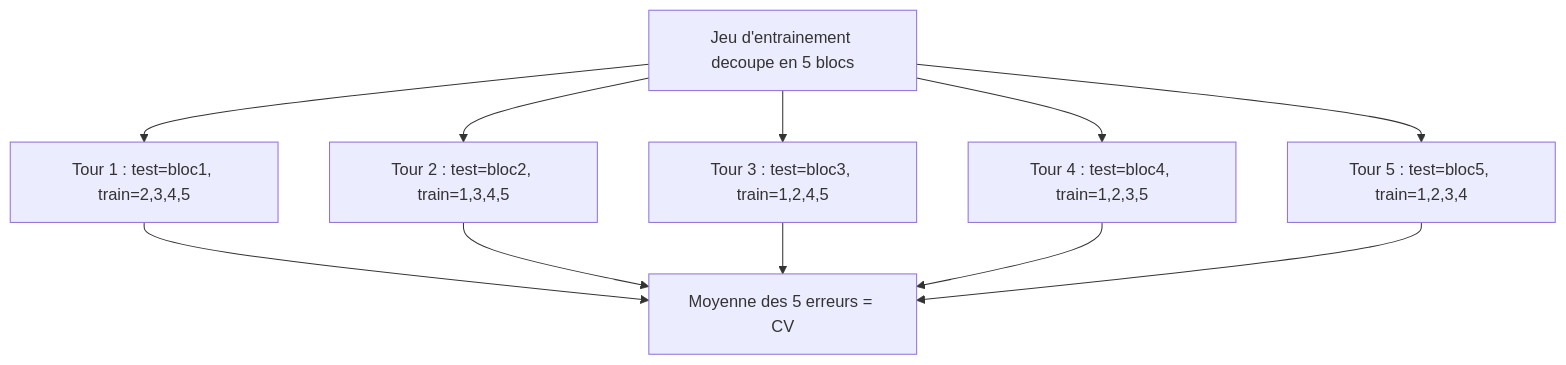
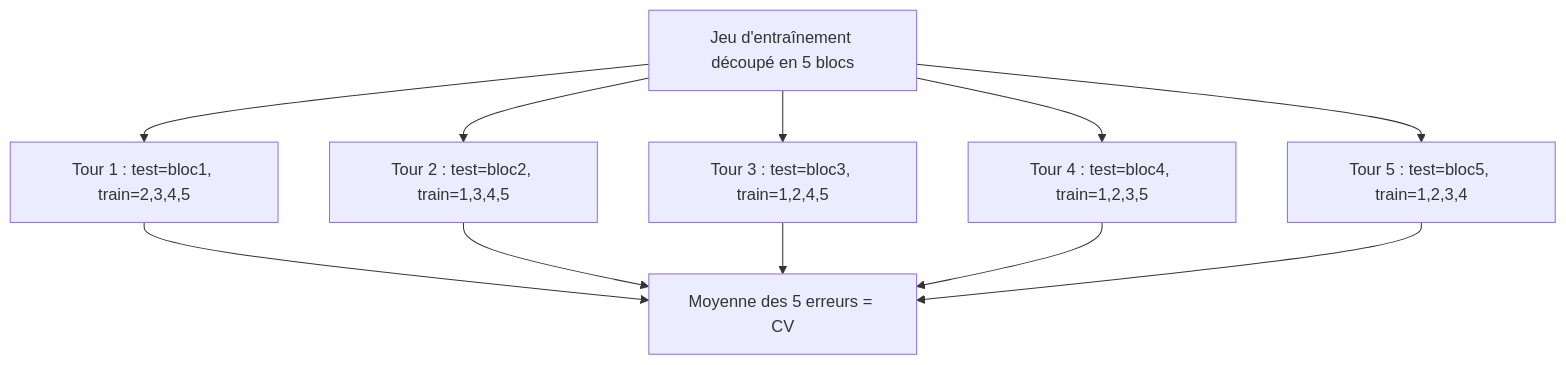
One commit to tanguychenier/Mathematiques-pour-le-Machine-Learning changed the fifth of 6 diagrams in chapitres/08-modeles-et-donnees.md. Above: the diagram before and after it, drawn with Mermaid. The commit also changed other lines of this file and 7 other files, not shown here.

````diff
--- a/chapitres/08-modeles-et-donnees.md
+++ b/chapitres/08-modeles-et-donnees.md
@@ -800,10 +800,10 @@
 ```mermaid
 flowchart TD
-    D["Jeu d'entrainement decoupe en 5 blocs"]
+    D["Jeu d'entraînement découpé en 5 blocs"]
     D --> R1["Tour 1 : test=bloc1, train=2,3,4,5"]
     D --> R2["Tour 2 : test=bloc2, train=1,3,4,5"]
     D --> R3["Tour 3 : test=bloc3, train=1,2,4,5"]
     D --> R4["Tour 4 : test=bloc4, train=1,2,3,5"]
     D --> R5["Tour 5 : test=bloc5, train=1,2,3,4"]
     R1 & R2 & R3 & R4 & R5 --> M["Moyenne des 5 erreurs = CV"]
 ```
````
